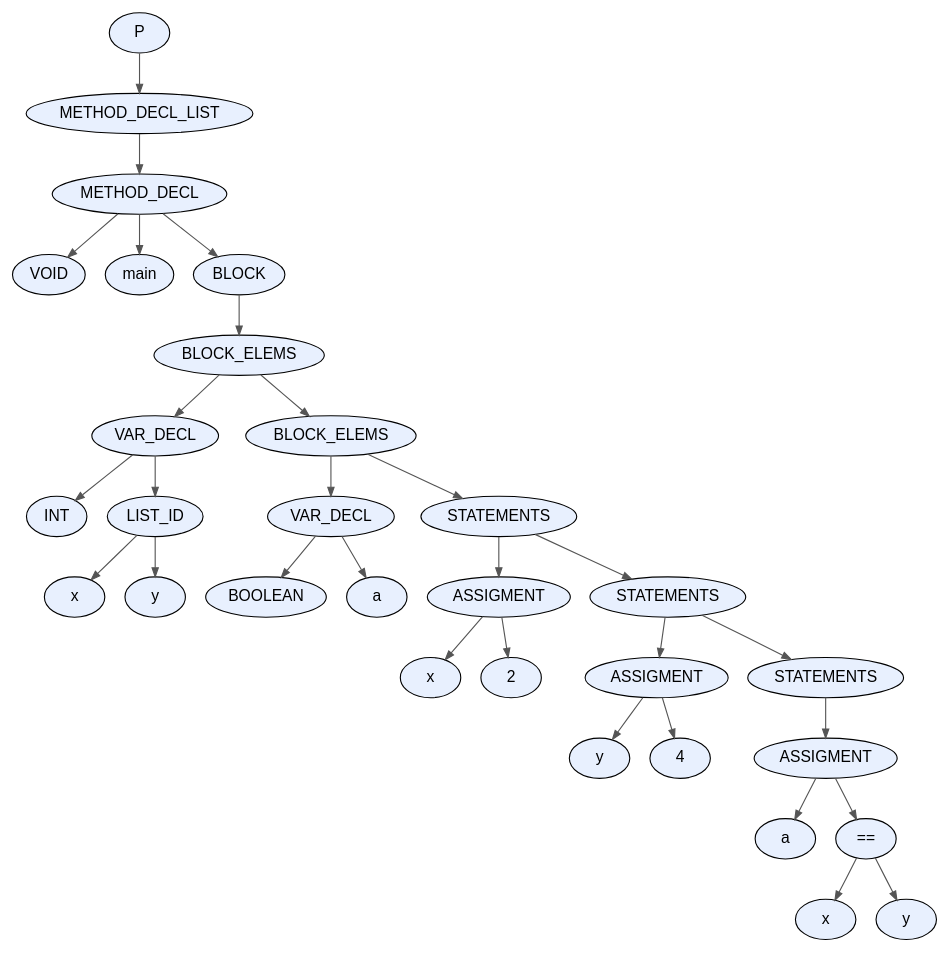
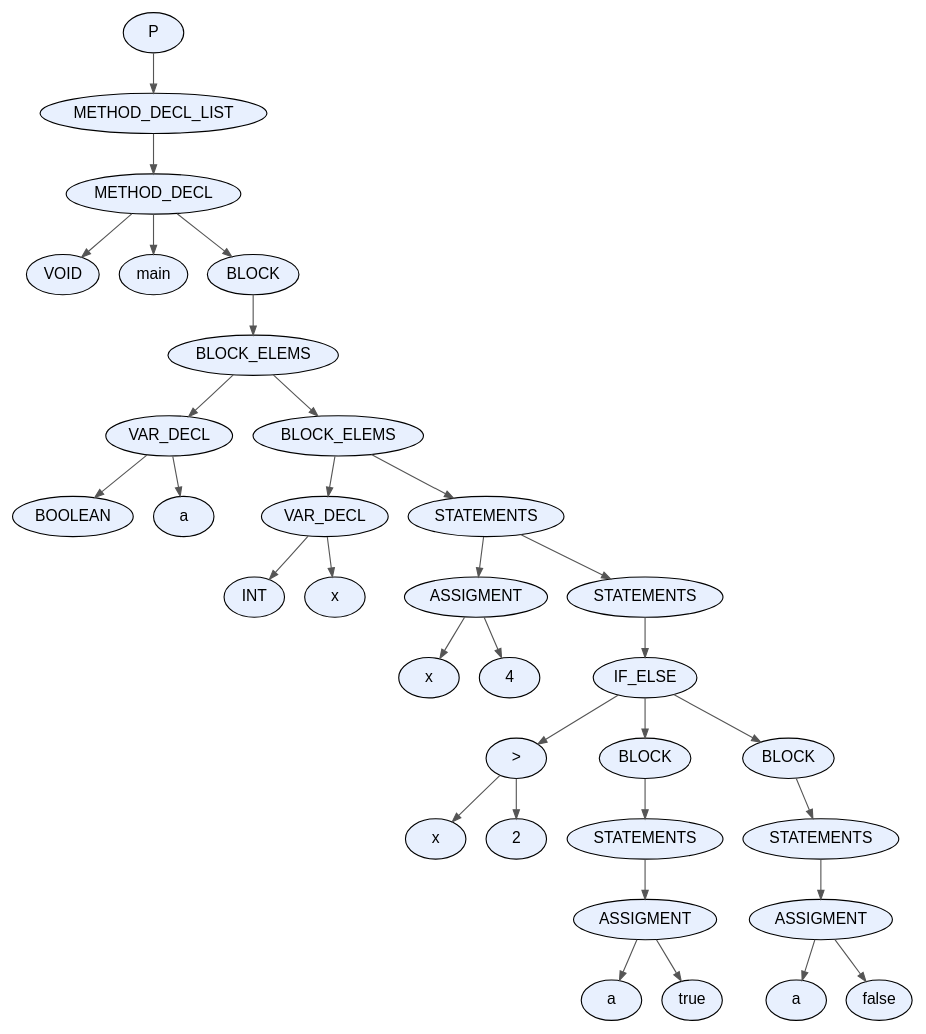
Before and after one commit to facundo-dario-loser/TDS2026: the diagram in proyecto/dot_files/test6.dot, drawn with Graphviz. The commit also changed 28 other files, not shown here.

```diff
--- a/proyecto/dot_files/test6.dot
+++ b/proyecto/dot_files/test6.dot
@@ -1,63 +1,69 @@
 digraph AST {
   node [fontname="Arial"];
   edge [arrowsize=0.8, color="#555555"];
-  "node_0x5b042d7d4470" [label="P", style=filled, fillcolor="#E8F0FE", shape=ellipse, style="rounded,filled"];
-  "node_0x5b042d7d4470" -> "node_0x5b042d7d4420";
-  "node_0x5b042d7d4420" [label="METHOD_DECL_LIST", style=filled, fillcolor="#E8F0FE", shape=ellipse, style="rounded,filled"];
-  "node_0x5b042d7d4420" -> "node_0x5b042d7d43d0";
-  "node_0x5b042d7d43d0" [label="METHOD_DECL", style=filled, fillcolor="#E8F0FE", shape=ellipse, style="rounded,filled"];
-  "node_0x5b042d7d43d0" -> "node_0x5b042d7d4310";
-  "node_0x5b042d7d4310" [label="VOID", style=filled, fillcolor="#E8F0FE", shape=ellipse, style="rounded,filled"];
-  "node_0x5b042d7d43d0" -> "node_0x5b042d7d4360";
-  "node_0x5b042d7d4360" [label="main", style=filled, fillcolor="#E8F0FE", shape=ellipse, style="rounded,filled"];
-  "node_0x5b042d7d43d0" -> "node_0x5b042d7d42c0";
-  "node_0x5b042d7d42c0" [label="BLOCK", style=filled, fillcolor="#E8F0FE", shape=ellipse, style="rounded,filled"];
-  "node_0x5b042d7d42c0" -> "node_0x5b042d7d4270";
-  "node_0x5b042d7d4270" [label="BLOCK_ELEMS", style=filled, fillcolor="#E8F0FE", shape=ellipse, style="rounded,filled"];
-  "node_0x5b042d7d4270" -> "node_0x5b042d7d3b00";
-  "node_0x5b042d7d3b00" [label="VAR_DECL", style=filled, fillcolor="#E8F0FE", shape=ellipse, style="rounded,filled"];
-  "node_0x5b042d7d3b00" -> "node_0x5b042d7d3940";
-  "node_0x5b042d7d3940" [label="INT", style=filled, fillcolor="#E8F0FE", shape=ellipse, style="rounded,filled"];
-  "node_0x5b042d7d3b00" -> "node_0x5b042d7d3ab0";
-  "node_0x5b042d7d3ab0" [label="LIST_ID", style=filled, fillcolor="#E8F0FE", shape=ellipse, style="rounded,filled"];
-  "node_0x5b042d7d3ab0" -> "node_0x5b042d7d3a40";
-  "node_0x5b042d7d3a40" [label="x", style=filled, fillcolor="#E8F0FE", shape=ellipse, style="rounded,filled"];
-  "node_0x5b042d7d3ab0" -> "node_0x5b042d7d39d0";
-  "node_0x5b042d7d39d0" [label="y", style=filled, fillcolor="#E8F0FE", shape=ellipse, style="rounded,filled"];
-  "node_0x5b042d7d4270" -> "node_0x5b042d7d4220";
-  "node_0x5b042d7d4220" [label="BLOCK_ELEMS", style=filled, fillcolor="#E8F0FE", shape=ellipse, style="rounded,filled"];
-  "node_0x5b042d7d4220" -> "node_0x5b042d7d3c30";
-  "node_0x5b042d7d3c30" [label="VAR_DECL", style=filled, fillcolor="#E8F0FE", shape=ellipse, style="rounded,filled"];
-  "node_0x5b042d7d3c30" -> "node_0x5b042d7d3b50";
-  "node_0x5b042d7d3b50" [label="BOOLEAN", style=filled, fillcolor="#E8F0FE", shape=ellipse, style="rounded,filled"];
-  "node_0x5b042d7d3c30" -> "node_0x5b042d7d3bc0";
-  "node_0x5b042d7d3bc0" [label="a", style=filled, fillcolor="#E8F0FE", shape=ellipse, style="rounded,filled"];
-  "node_0x5b042d7d4220" -> "node_0x5b042d7d41d0";
-  "node_0x5b042d7d41d0" [label="STATEMENTS", style=filled, fillcolor="#E8F0FE", shape=ellipse, style="rounded,filled"];
-  "node_0x5b042d7d41d0" -> "node_0x5b042d7d3d60";
-  "node_0x5b042d7d3d60" [label="ASSIGMENT", style=filled, fillcolor="#E8F0FE", shape=ellipse, style="rounded,filled"];
-  "node_0x5b042d7d3d60" -> "node_0x5b042d7d3cf0";
-  "node_0x5b042d7d3cf0" [label="x", style=filled, fillcolor="#E8F0FE", shape=ellipse, style="rounded,filled"];
-  "node_0x5b042d7d3d60" -> "node_0x5b042d7d3ca0";
-  "node_0x5b042d7d3ca0" [label="2", style=filled, fillcolor="#E8F0FE", shape=ellipse, style="rounded,filled"];
-  "node_0x5b042d7d41d0" -> "node_0x5b042d7d4180";
-  "node_0x5b042d7d4180" [label="STATEMENTS", style=filled, fillcolor="#E8F0FE", shape=ellipse, style="rounded,filled"];
-  "node_0x5b042d7d4180" -> "node_0x5b042d7d3e90";
-  "node_0x5b042d7d3e90" [label="ASSIGMENT", style=filled, fillcolor="#E8F0FE", shape=ellipse, style="rounded,filled"];
-  "node_0x5b042d7d3e90" -> "node_0x5b042d7d3e20";
-  "node_0x5b042d7d3e20" [label="y", style=filled, fillcolor="#E8F0FE", shape=ellipse, style="rounded,filled"];
-  "node_0x5b042d7d3e90" -> "node_0x5b042d7d3dd0";
-  "node_0x5b042d7d3dd0" [label="4", style=filled, fillcolor="#E8F0FE", shape=ellipse, style="rounded,filled"];
-  "node_0x5b042d7d4180" -> "node_0x5b042d7d4130";
-  "node_0x5b042d7d4130" [label="STATEMENTS", style=filled, fillcolor="#E8F0FE", shape=ellipse, style="rounded,filled"];
-  "node_0x5b042d7d4130" -> "node_0x5b042d7d40e0";
-  "node_0x5b042d7d40e0" [label="ASSIGMENT", style=filled, fillcolor="#E8F0FE", shape=ellipse, style="rounded,filled"];
-  "node_0x5b042d7d40e0" -> "node_0x5b042d7d4070";
-  "node_0x5b042d7d4070" [label="a", style=filled, fillcolor="#E8F0FE", shape=ellipse, style="rounded,filled"];
-  "node_0x5b042d7d40e0" -> "node_0x5b042d7d4020";
-  "node_0x5b042d7d4020" [label="==", style=filled, fillcolor="#E8F0FE", shape=ellipse, style="rounded,filled"];
-  "node_0x5b042d7d4020" -> "node_0x5b042d7d3f20";
-  "node_0x5b042d7d3f20" [label="x", style=filled, fillcolor="#E8F0FE", shape=ellipse, style="rounded,filled"];
-  "node_0x5b042d7d4020" -> "node_0x5b042d7d3fb0";
-  "node_0x5b042d7d3fb0" [label="y", style=filled, fillcolor="#E8F0FE", shape=ellipse, style="rounded,filled"];
+  "node_0x5b59608194e0" [label="P", style=filled, fillcolor="#E8F0FE", shape=ellipse, style="rounded,filled"];
+  "node_0x5b59608194e0" -> "node_0x5b5960819490";
+  "node_0x5b5960819490" [label="METHOD_DECL_LIST", style=filled, fillcolor="#E8F0FE", shape=ellipse, style="rounded,filled"];
+  "node_0x5b5960819490" -> "node_0x5b5960819440";
+  "node_0x5b5960819440" [label="METHOD_DECL", style=filled, fillcolor="#E8F0FE", shape=ellipse, style="rounded,filled"];
+  "node_0x5b5960819440" -> "node_0x5b5960819380";
+  "node_0x5b5960819380" [label="VOID", style=filled, fillcolor="#E8F0FE", shape=ellipse, style="rounded,filled"];
+  "node_0x5b5960819440" -> "node_0x5b59608193d0";
+  "node_0x5b59608193d0" [label="main", style=filled, fillcolor="#E8F0FE", shape=ellipse, style="rounded,filled"];
+  "node_0x5b5960819440" -> "node_0x5b5960819330";
+  "node_0x5b5960819330" [label="BLOCK", style=filled, fillcolor="#E8F0FE", shape=ellipse, style="rounded,filled"];
+  "node_0x5b5960819330" -> "node_0x5b59608192e0";
+  "node_0x5b59608192e0" [label="BLOCK_ELEMS", style=filled, fillcolor="#E8F0FE", shape=ellipse, style="rounded,filled"];
+  "node_0x5b59608192e0" -> "node_0x5b5960818a20";
+  "node_0x5b5960818a20" [label="VAR_DECL", style=filled, fillcolor="#E8F0FE", shape=ellipse, style="rounded,filled"];
+  "node_0x5b5960818a20" -> "node_0x5b5960818940";
+  "node_0x5b5960818940" [label="BOOLEAN", style=filled, fillcolor="#E8F0FE", shape=ellipse, style="rounded,filled"];
+  "node_0x5b5960818a20" -> "node_0x5b59608189b0";
+  "node_0x5b59608189b0" [label="a", style=filled, fillcolor="#E8F0FE", shape=ellipse, style="rounded,filled"];
+  "node_0x5b59608192e0" -> "node_0x5b5960819290";
+  "node_0x5b5960819290" [label="BLOCK_ELEMS", style=filled, fillcolor="#E8F0FE", shape=ellipse, style="rounded,filled"];
+  "node_0x5b5960819290" -> "node_0x5b5960818b50";
+  "node_0x5b5960818b50" [label="VAR_DECL", style=filled, fillcolor="#E8F0FE", shape=ellipse, style="rounded,filled"];
+  "node_0x5b5960818b50" -> "node_0x5b5960818a70";
+  "node_0x5b5960818a70" [label="INT", style=filled, fillcolor="#E8F0FE", shape=ellipse, style="rounded,filled"];
+  "node_0x5b5960818b50" -> "node_0x5b5960818ae0";
+  "node_0x5b5960818ae0" [label="x", style=filled, fillcolor="#E8F0FE", shape=ellipse, style="rounded,filled"];
+  "node_0x5b5960819290" -> "node_0x5b5960819240";
+  "node_0x5b5960819240" [label="STATEMENTS", style=filled, fillcolor="#E8F0FE", shape=ellipse, style="rounded,filled"];
+  "node_0x5b5960819240" -> "node_0x5b5960818c80";
+  "node_0x5b5960818c80" [label="ASSIGMENT", style=filled, fillcolor="#E8F0FE", shape=ellipse, style="rounded,filled"];
+  "node_0x5b5960818c80" -> "node_0x5b5960818c10";
+  "node_0x5b5960818c10" [label="x", style=filled, fillcolor="#E8F0FE", shape=ellipse, style="rounded,filled"];
+  "node_0x5b5960818c80" -> "node_0x5b5960818bc0";
+  "node_0x5b5960818bc0" [label="4", style=filled, fillcolor="#E8F0FE", shape=ellipse, style="rounded,filled"];
+  "node_0x5b5960819240" -> "node_0x5b59608191f0";
+  "node_0x5b59608191f0" [label="STATEMENTS", style=filled, fillcolor="#E8F0FE", shape=ellipse, style="rounded,filled"];
+  "node_0x5b59608191f0" -> "node_0x5b59608191a0";
+  "node_0x5b59608191a0" [label="IF_ELSE", style=filled, fillcolor="#E8F0FE", shape=ellipse, style="rounded,filled"];
+  "node_0x5b59608191a0" -> "node_0x5b5960818db0";
+  "node_0x5b5960818db0" [label=">", style=filled, fillcolor="#E8F0FE", shape=ellipse, style="rounded,filled"];
+  "node_0x5b5960818db0" -> "node_0x5b5960818cf0";
+  "node_0x5b5960818cf0" [label="x", style=filled, fillcolor="#E8F0FE", shape=ellipse, style="rounded,filled"];
+  "node_0x5b5960818db0" -> "node_0x5b5960818d60";
+  "node_0x5b5960818d60" [label="2", style=filled, fillcolor="#E8F0FE", shape=ellipse, style="rounded,filled"];
+  "node_0x5b59608191a0" -> "node_0x5b5960818f80";
+  "node_0x5b5960818f80" [label="BLOCK", style=filled, fillcolor="#E8F0FE", shape=ellipse, style="rounded,filled"];
+  "node_0x5b5960818f80" -> "node_0x5b5960818f30";
+  "node_0x5b5960818f30" [label="STATEMENTS", style=filled, fillcolor="#E8F0FE", shape=ellipse, style="rounded,filled"];
+  "node_0x5b5960818f30" -> "node_0x5b5960818ee0";
+  "node_0x5b5960818ee0" [label="ASSIGMENT", style=filled, fillcolor="#E8F0FE", shape=ellipse, style="rounded,filled"];
+  "node_0x5b5960818ee0" -> "node_0x5b5960818e70";
+  "node_0x5b5960818e70" [label="a", style=filled, fillcolor="#E8F0FE", shape=ellipse, style="rounded,filled"];
+  "node_0x5b5960818ee0" -> "node_0x5b5960818e20";
+  "node_0x5b5960818e20" [label="true", style=filled, fillcolor="#E8F0FE", shape=ellipse, style="rounded,filled"];
+  "node_0x5b59608191a0" -> "node_0x5b5960819150";
+  "node_0x5b5960819150" [label="BLOCK", style=filled, fillcolor="#E8F0FE", shape=ellipse, style="rounded,filled"];
+  "node_0x5b5960819150" -> "node_0x5b5960819100";
+  "node_0x5b5960819100" [label="STATEMENTS", style=filled, fillcolor="#E8F0FE", shape=ellipse, style="rounded,filled"];
+  "node_0x5b5960819100" -> "node_0x5b59608190b0";
+  "node_0x5b59608190b0" [label="ASSIGMENT", style=filled, fillcolor="#E8F0FE", shape=ellipse, style="rounded,filled"];
+  "node_0x5b59608190b0" -> "node_0x5b5960819040";
+  "node_0x5b5960819040" [label="a", style=filled, fillcolor="#E8F0FE", shape=ellipse, style="rounded,filled"];
+  "node_0x5b59608190b0" -> "node_0x5b5960818ff0";
+  "node_0x5b5960818ff0" [label="false", style=filled, fillcolor="#E8F0FE", shape=ellipse, style="rounded,filled"];
 }
```
